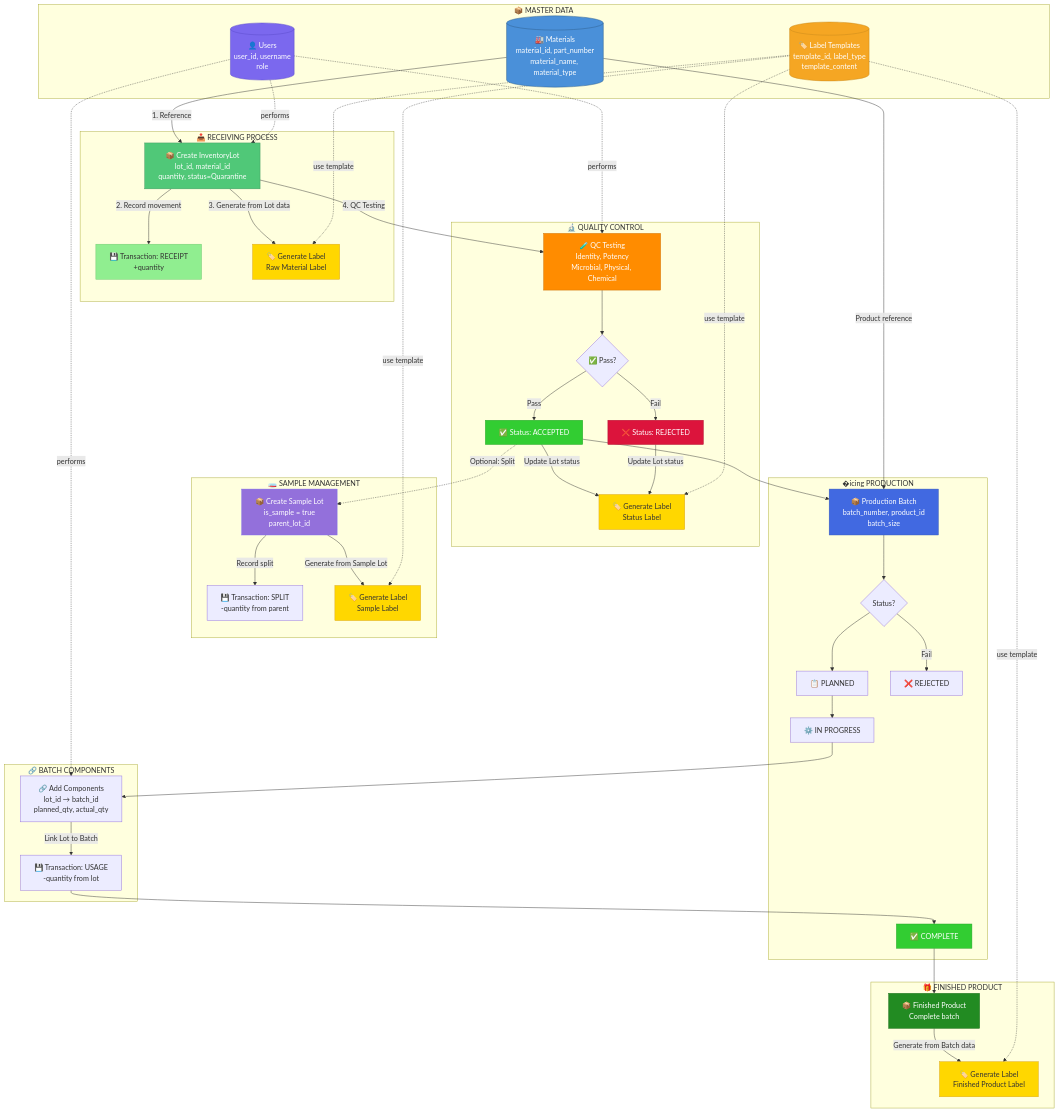
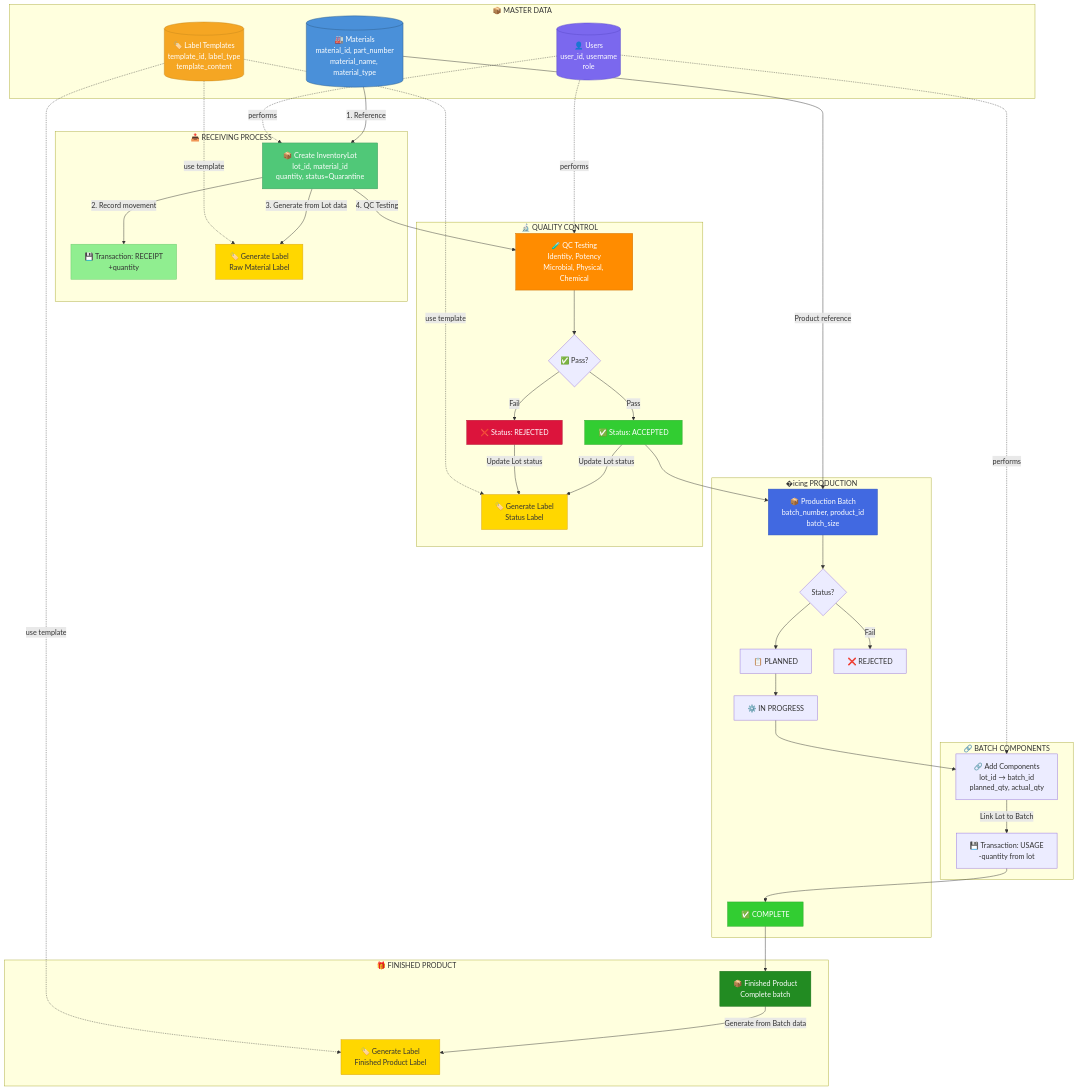
One commit to NguyenTri251004/SEC_Team_02_2026 changed the diagram in 01_Documents/05_Inventory_Management_Workflow.md. Above: the diagram before and after it, drawn with Mermaid. The commit also changed other lines of this file and 1 other file, not shown here.

First line of the commit message:
Remove Sample Lot (PHASE 3) from workflow

````diff
--- a/01_Documents/05_Inventory_Management_Workflow.md
+++ b/01_Documents/05_Inventory_Management_Workflow.md
@@ -55,12 +55,6 @@
         STATUS_ACC["✅ Status: ACCEPTED"]
         STATUS_REJ["❌ Status: REJECTED"]
         LBL_STATUS["🏷️ Generate Label<br/>Status Label"]
-    end
-
-    subgraph SAMPLE["🧫 SAMPLE MANAGEMENT"]
-        SAMPLE_LOT["📦 Create Sample Lot<br/>is_sample = true<br/>parent_lot_id"]
-        TXN_SPLIT["💾 Transaction: SPLIT<br/>-quantity from parent"]
-        LBL_SAMPLE["🏷️ Generate Label<br/>Sample Label"]
     end
 
     subgraph PRODUCTION["�icing PRODUCTION"]
@@ -97,12 +91,6 @@
     STATUS_REJ -->|"Update Lot status"| LBL_STATUS
     LBL -.->|"use template"| LBL_STATUS
     
-    %% SAMPLE FLOW: Lot → Sample Lot → Transaction → Label
-    STATUS_ACC -.->|"Optional: Split"| SAMPLE_LOT
-    SAMPLE_LOT -->|"Record split"| TXN_SPLIT
-    SAMPLE_LOT -->|"Generate from Sample Lot"| LBL_SAMPLE
-    LBL -.->|"use template"| LBL_SAMPLE
-    
     %% PRODUCTION FLOW
     STATUS_ACC --> BATCH
     MAT -->|"Product reference"| BATCH
@@ -135,9 +123,7 @@
     style BATCH fill:#4169E1,stroke:#3457B8,color:#fff
     style BATCH_COMP fill:#32CD32,stroke:#28A428,color:#fff
     style FIN fill:#228B22,stroke:#1B6E1B,color:#fff
-    style SAMPLE_LOT fill:#9370DB,stroke:#7B68EE,color:#fff
     style LBL_RM fill:#FFD700,stroke:#DAA520
     style LBL_STATUS fill:#FFD700,stroke:#DAA520
-    style LBL_SAMPLE fill:#FFD700,stroke:#DAA520
     style LBL_FIN fill:#FFD700,stroke:#DAA520
 ```
````
